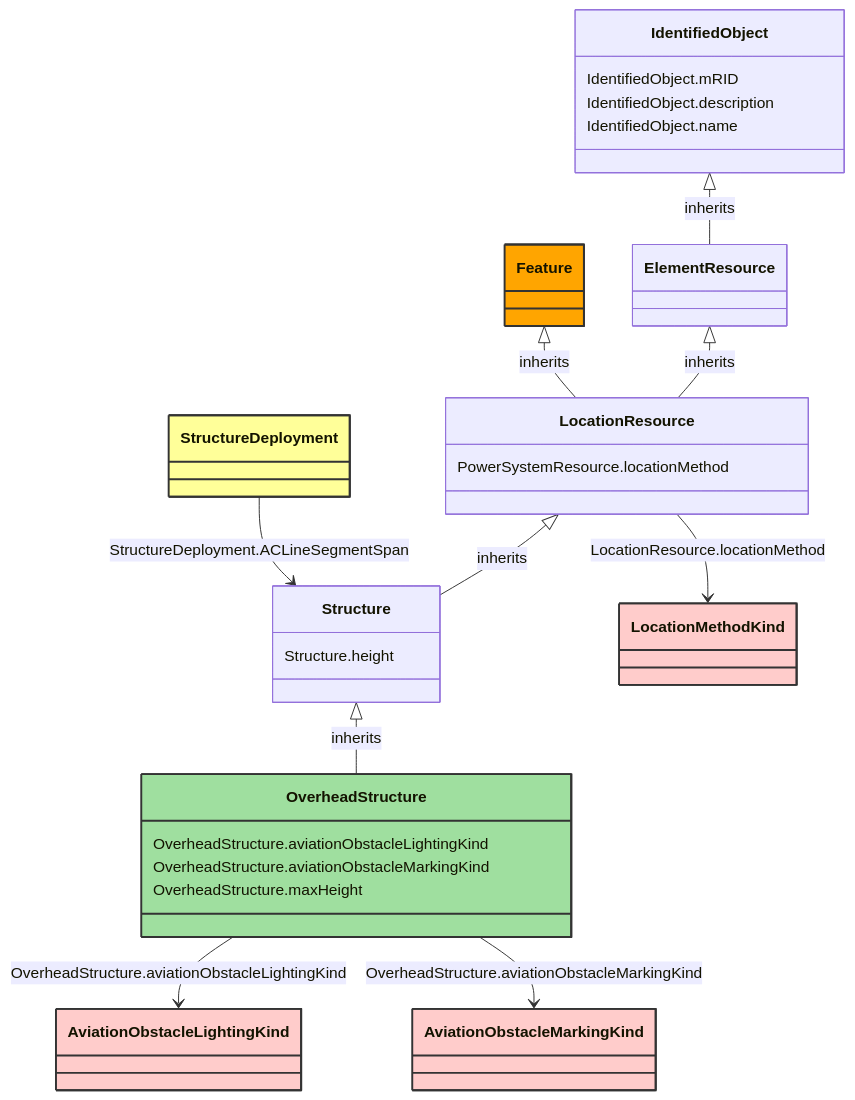
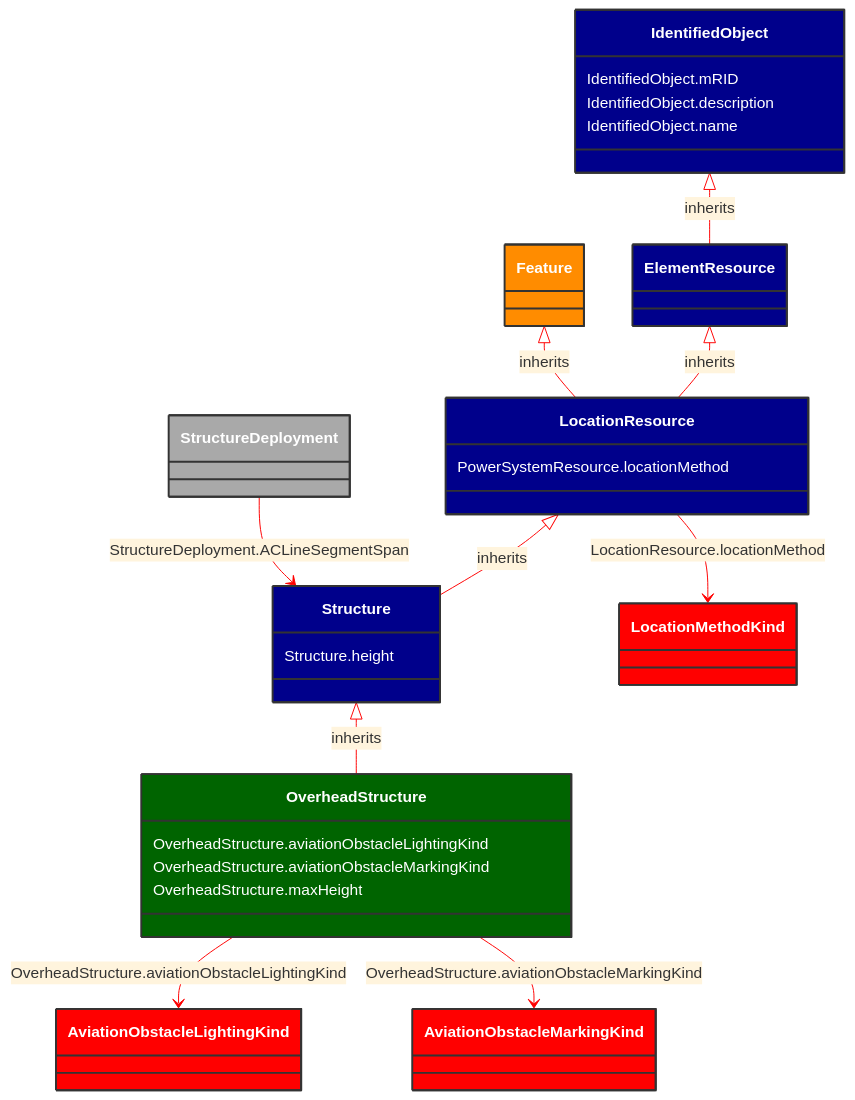
Before and after one commit to 3lbits/NoCIMExtensions: the diagram in docs/Models/Profiles/AviationObstacle/ConcreteClasses/OverheadStructure.md, drawn with Mermaid. The commit also changed 58 other files, not shown here.

````diff
--- a/docs/Models/Profiles/AviationObstacle/ConcreteClasses/OverheadStructure.md
+++ b/docs/Models/Profiles/AviationObstacle/ConcreteClasses/OverheadStructure.md
@@ -8,62 +8,63 @@
 ```mermaid
+%%{init: {'theme':'base','themeVariables': {'lineColor': '#FF0000'}}}%%
 classDiagram
     class OverheadStructure
     click OverheadStructure href "/Models/Profiles/AviationObstacle/ConcreteClasses/OverheadStructure/"
-    style OverheadStructure fill:#9fdf9f,stroke:#333,stroke-width:2px,rx:10,ry:10
+    style OverheadStructure fill:#006400,stroke:#333,stroke-width:2px,rx:10,ry:10,color:white
 
         Structure <|-- OverheadStructure : inherits
             click Structure href "/Models/Profiles/AviationObstacle/AbstractClasses/Structure/"
-            style Structure rx:10,ry:10
+            style Structure fill:#00008B,stroke:#333,stroke-width:2px,rx:10,ry:10,color:white
 
         OverheadStructure
             click OverheadStructure href "/Models/Profiles/AviationObstacle/ConcreteClasses/OverheadStructure/"
-            style OverheadStructure rx:10,ry:10
+            style Structure fill:#00008B,stroke:#333,stroke-width:2px,rx:10,ry:10,color:white
 
         LocationResource <|-- Structure : inherits
             click LocationResource href "/Models/Profiles/AviationObstacle/AbstractClasses/LocationResource/"
-            style LocationResource rx:10,ry:10
+            style LocationResource fill:#00008B,stroke:#333,stroke-width:2px,rx:10,ry:10,color:white
 
         ElementResource <|-- LocationResource : inherits
             click ElementResource href "/Models/Profiles/AviationObstacle/AbstractClasses/ElementResource/"
-            style ElementResource rx:10,ry:10
+            style ElementResource fill:#00008B,stroke:#333,stroke-width:2px,rx:10,ry:10,color:white
 
         IdentifiedObject <|-- ElementResource : inherits
             click IdentifiedObject href "/Models/Profiles/AviationObstacle/AbstractClasses/IdentifiedObject/"
-            style IdentifiedObject rx:10,ry:10
+            style IdentifiedObject fill:#00008B,stroke:#333,stroke-width:2px,rx:10,ry:10,color:white
 
         Feature <|-- LocationResource : inherits
             click Feature href "/Models/Profiles/AviationObstacle/ConcreteClasses/Feature/"
-            style Feature fill:#FFA500,stroke:#333,stroke-width:2px,rx:10,ry:10
+            style Feature fill:#FF8C00,stroke:#333,stroke-width:2px,rx:10,ry:10,color:white
 
 
         StructureDeployment --> Structure : StructureDeployment.ACLineSegmentSpan
 
         StructureDeployment
             click StructureDeployment href "/Models/Profiles/AviationObstacle/ConcreteClasses/StructureDeployment/"
-            style StructureDeployment fill:#ffff99,stroke:#333,stroke-width:2px,rx:10,ry:10
+            style StructureDeployment fill:#A9A9A9,stroke:#333,stroke-width:2px,rx:10,ry:10,color:white
 
         OverheadStructure --> AviationObstacleLightingKind : OverheadStructure.aviationObstacleLightingKind
 
         AviationObstacleLightingKind
             click AviationObstacleLightingKind href "/Models/Profiles/AviationObstacle/Enumerations/AviationObstacleLightingKind/"
-            style AviationObstacleLightingKind fill:#FFCCCB,stroke:#333,stroke-width:2px,rx:10,ry:10
+            style AviationObstacleLightingKind fill:#FF0000,stroke:#333,stroke-width:2px,rx:10,ry:10,color:white
         OverheadStructure --> AviationObstacleMarkingKind : OverheadStructure.aviationObstacleMarkingKind
 
         AviationObstacleMarkingKind
             click AviationObstacleMarkingKind href "/Models/Profiles/AviationObstacle/Enumerations/AviationObstacleMarkingKind/"
-            style AviationObstacleMarkingKind fill:#FFCCCB,stroke:#333,stroke-width:2px,rx:10,ry:10
+            style AviationObstacleMarkingKind fill:#FF0000,stroke:#333,stroke-width:2px,rx:10,ry:10,color:white
         LocationResource --> LocationMethodKind : LocationResource.locationMethod
 
         LocationMethodKind
             click LocationMethodKind href "/Models/Profiles/AviationObstacle/Enumerations/LocationMethodKind/"
-            style LocationMethodKind fill:#FFCCCB,stroke:#333,stroke-width:2px,rx:10,ry:10
+            style LocationMethodKind fill:#FF0000,stroke:#333,stroke-width:2px,rx:10,ry:10,color:white
 
         OverheadStructure : OverheadStructure.aviationObstacleLightingKind
         OverheadStructure : OverheadStructure.aviationObstacleMarkingKind
         OverheadStructure : OverheadStructure.maxHeight
         Structure : Structure.height
         LocationResource : PowerSystemResource.locationMethod
         IdentifiedObject : IdentifiedObject.mRID
         IdentifiedObject : IdentifiedObject.description
         IdentifiedObject : IdentifiedObject.name
 ```
````
